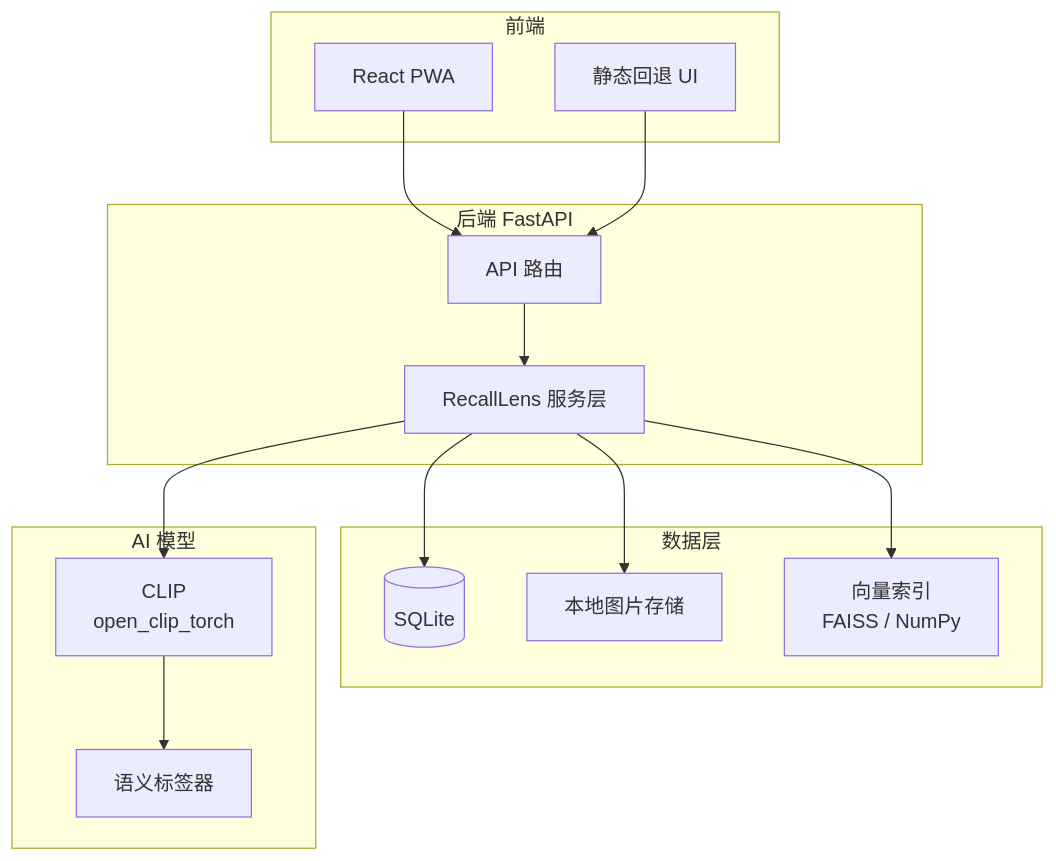
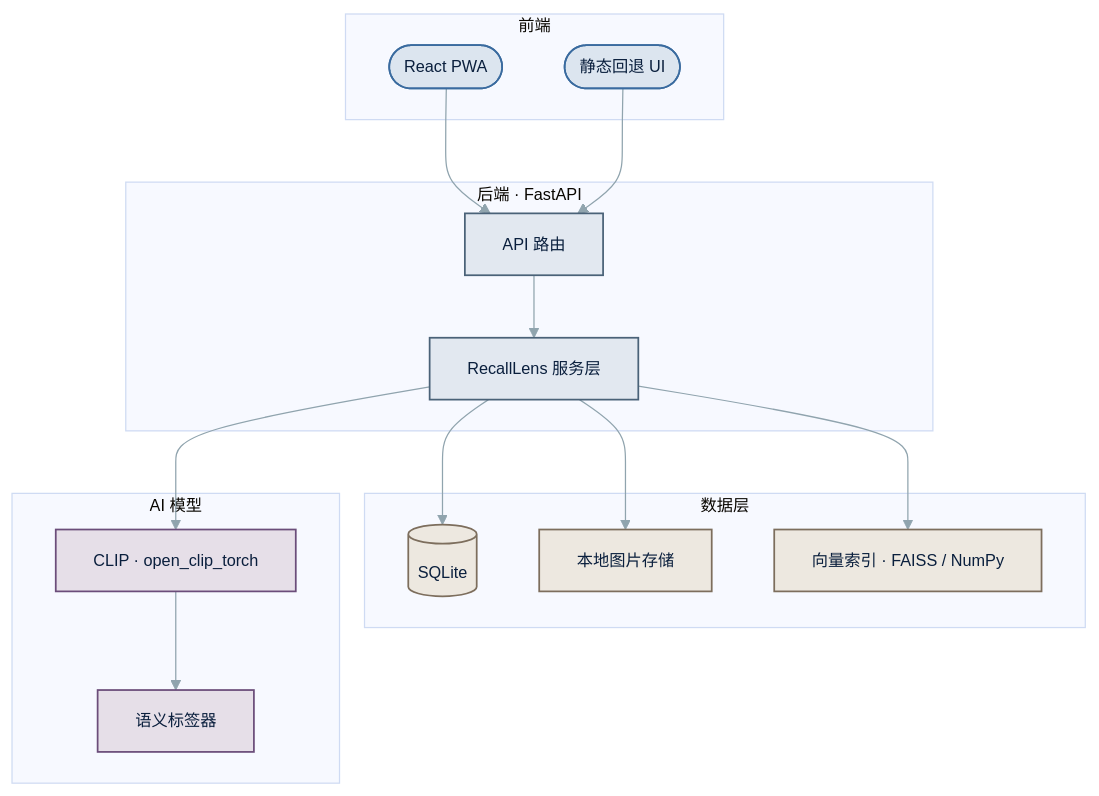
One commit to MangolDurian/RecallLens changed the first of 3 diagrams in README.md. Above: the diagram before and after it, drawn with Mermaid. The commit also changed other lines of this file and 1 other file, not shown here.

First line of the commit message:
优化 Mermaid 流程图样式：墨水/纸张色系 + 分层色卡

````diff
--- a/README.md
+++ b/README.md
@@ -19,32 +19,38 @@
 ```mermaid
+%%{init:{"theme":"base","themeVariables":{"primaryTextColor":"#0a1f3d","lineColor":"#90a4ae","fontFamily":"system-ui,sans-serif","fontSize":"13px"}}}%%
 graph TB
-    subgraph 前端
-        A[React PWA]
-        B[静态回退 UI]
+    classDef fe fill:#dce5ef,stroke:#3a6b9f,stroke-width:1.4px,color:#0a1f3d
+    classDef be fill:#e2e8f0,stroke:#4a6278,stroke-width:1.4px,color:#0a1f3d
+    classDef db fill:#ede8e0,stroke:#7d6e5d,stroke-width:1.4px,color:#0a1f3d
+    classDef ai fill:#e6dfe8,stroke:#6b4d7a,stroke-width:1.4px,color:#0a1f3d
+
+    subgraph Frontend["前端"]
+        A(["React PWA"]):::fe
+        B(["静态回退 UI"]):::fe
     end
 
-    subgraph 后端 FastAPI
-        C[API 路由]
-        D[RecallLens 服务层]
+    subgraph Backend["后端 · FastAPI"]
+        C["API 路由"]:::be
+        D["RecallLens 服务层"]:::be
     end
 
-    subgraph 数据层
-        E[(SQLite)]
-        F[本地图片存储]
-        G[向量索引<br/>FAISS / NumPy]
+    subgraph Data["数据层"]
+        E[("SQLite")]:::db
+        F["本地图片存储"]:::db
+        G["向量索引 · FAISS / NumPy"]:::db
     end
 
-    subgraph AI 模型
-        H[CLIP<br/>open_clip_torch]
-        I[语义标签器]
+    subgraph Model["AI 模型"]
+        H["CLIP · open_clip_torch"]:::ai
+        I["语义标签器"]:::ai
     end
 
     A --> C
     B --> C
     C --> D
     D --> E
     D --> F
     D --> G
     D --> H
     H --> I
 ```
````
